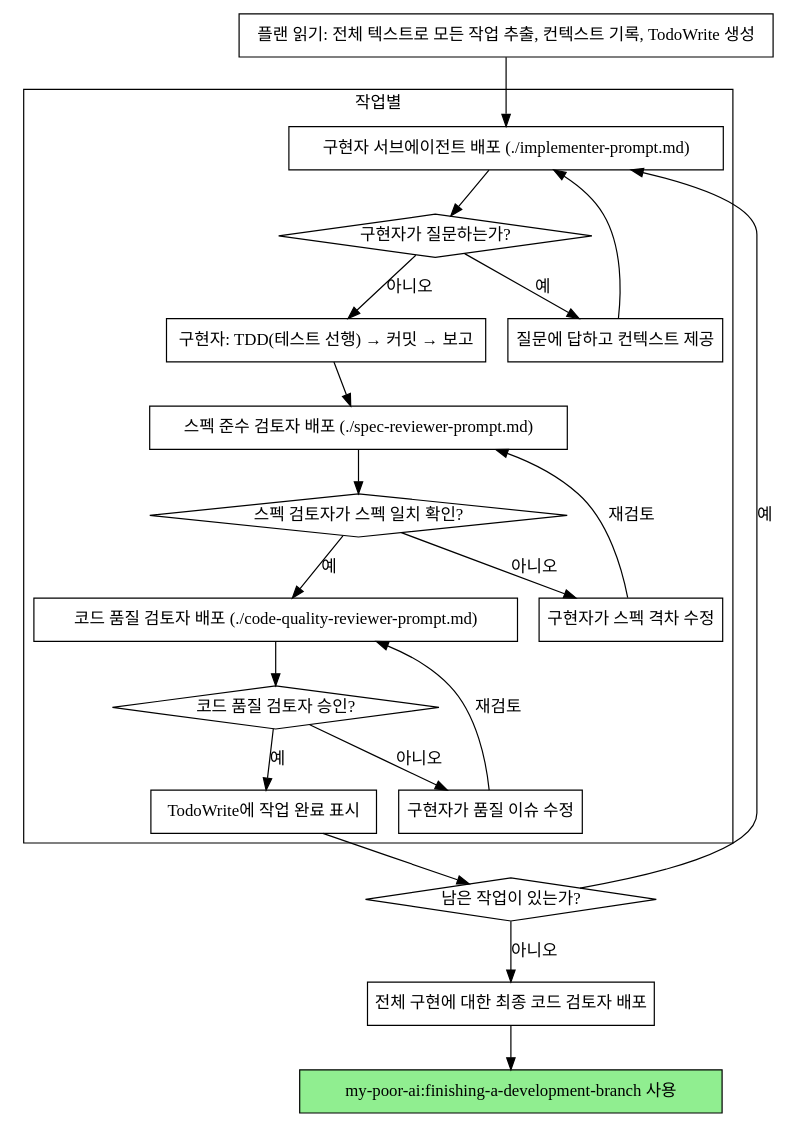
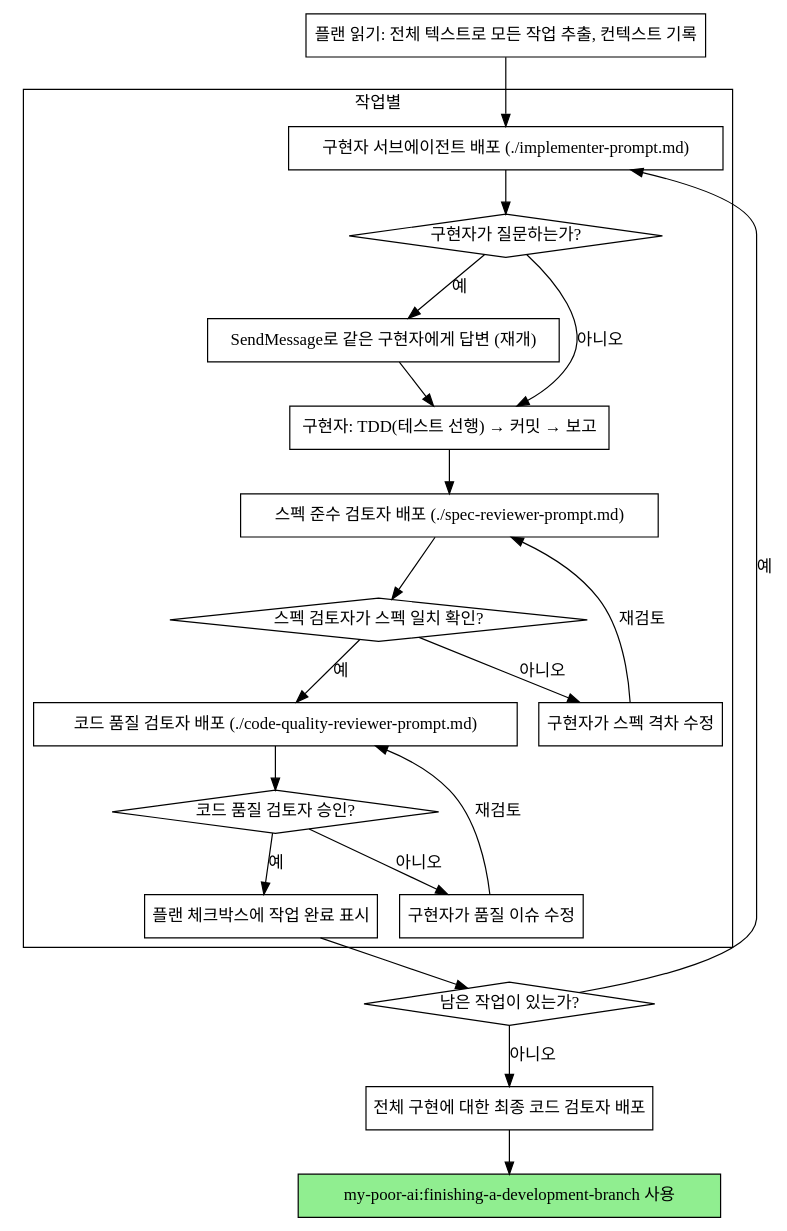
Before and after one commit to hicucu/my-poor-ai: the second of 2 diagrams in skills/subagent-driven-development/SKILL.md, drawn with Graphviz. The commit also changed other lines of this file and 315 other files, not shown here.

````diff
--- a/skills/subagent-driven-development/SKILL.md
+++ b/skills/subagent-driven-development/SKILL.md
@@ -82,44 +82,44 @@
 ```dot
 digraph process {
     rankdir=TB;
 
     subgraph cluster_per_task {
         label="작업별";
         "구현자 서브에이전트 배포 (./implementer-prompt.md)" [shape=box];
         "구현자가 질문하는가?" [shape=diamond];
-        "질문에 답하고 컨텍스트 제공" [shape=box];
+        "SendMessage로 같은 구현자에게 답변 (재개)" [shape=box];
         "구현자: TDD(테스트 선행) → 커밋 → 보고" [shape=box];
         "스펙 준수 검토자 배포 (./spec-reviewer-prompt.md)" [shape=box];
         "스펙 검토자가 스펙 일치 확인?" [shape=diamond];
         "구현자가 스펙 격차 수정" [shape=box];
         "코드 품질 검토자 배포 (./code-quality-reviewer-prompt.md)" [shape=box];
         "코드 품질 검토자 승인?" [shape=diamond];
         "구현자가 품질 이슈 수정" [shape=box];
-        "TodoWrite에 작업 완료 표시" [shape=box];
+        "플랜 체크박스에 작업 완료 표시" [shape=box];
     }
 
-    "플랜 읽기: 전체 텍스트로 모든 작업 추출, 컨텍스트 기록, TodoWrite 생성" [shape=box];
+    "플랜 읽기: 전체 텍스트로 모든 작업 추출, 컨텍스트 기록" [shape=box];
     "남은 작업이 있는가?" [shape=diamond];
     "전체 구현에 대한 최종 코드 검토자 배포" [shape=box];
     "my-poor-ai:finishing-a-development-branch 사용" [shape=box style=filled fillcolor=lightgreen];
 
-    "플랜 읽기: 전체 텍스트로 모든 작업 추출, 컨텍스트 기록, TodoWrite 생성" -> "구현자 서브에이전트 배포 (./implementer-prompt.md)";
+    "플랜 읽기: 전체 텍스트로 모든 작업 추출, 컨텍스트 기록" -> "구현자 서브에이전트 배포 (./implementer-prompt.md)";
     "구현자 서브에이전트 배포 (./implementer-prompt.md)" -> "구현자가 질문하는가?";
-    "구현자가 질문하는가?" -> "질문에 답하고 컨텍스트 제공" [label="예"];
-    "질문에 답하고 컨텍스트 제공" -> "구현자 서브에이전트 배포 (./implementer-prompt.md)";
+    "구현자가 질문하는가?" -> "SendMessage로 같은 구현자에게 답변 (재개)" [label="예"];
+    "SendMessage로 같은 구현자에게 답변 (재개)" -> "구현자: TDD(테스트 선행) → 커밋 → 보고";
     "구현자가 질문하는가?" -> "구현자: TDD(테스트 선행) → 커밋 → 보고" [label="아니오"];
     "구현자: TDD(테스트 선행) → 커밋 → 보고" -> "스펙 준수 검토자 배포 (./spec-reviewer-prompt.md)";
     "스펙 준수 검토자 배포 (./spec-reviewer-prompt.md)" -> "스펙 검토자가 스펙 일치 확인?";
     "스펙 검토자가 스펙 일치 확인?" -> "구현자가 스펙 격차 수정" [label="아니오"];
     "구현자가 스펙 격차 수정" -> "스펙 준수 검토자 배포 (./spec-reviewer-prompt.md)" [label="재검토"];
     "스펙 검토자가 스펙 일치 확인?" -> "코드 품질 검토자 배포 (./code-quality-reviewer-prompt.md)" [label="예"];
     "코드 품질 검토자 배포 (./code-quality-reviewer-prompt.md)" -> "코드 품질 검토자 승인?";
     "코드 품질 검토자 승인?" -> "구현자가 품질 이슈 수정" [label="아니오"];
     "구현자가 품질 이슈 수정" -> "코드 품질 검토자 배포 (./code-quality-reviewer-prompt.md)" [label="재검토"];
-    "코드 품질 검토자 승인?" -> "TodoWrite에 작업 완료 표시" [label="예"];
-    "TodoWrite에 작업 완료 표시" -> "남은 작업이 있는가?";
+    "코드 품질 검토자 승인?" -> "플랜 체크박스에 작업 완료 표시" [label="예"];
+    "플랜 체크박스에 작업 완료 표시" -> "남은 작업이 있는가?";
     "남은 작업이 있는가?" -> "구현자 서브에이전트 배포 (./implementer-prompt.md)" [label="예"];
     "남은 작업이 있는가?" -> "전체 구현에 대한 최종 코드 검토자 배포" [label="아니오"];
     "전체 구현에 대한 최종 코드 검토자 배포" -> "my-poor-ai:finishing-a-development-branch 사용";
 }
 ```
````
